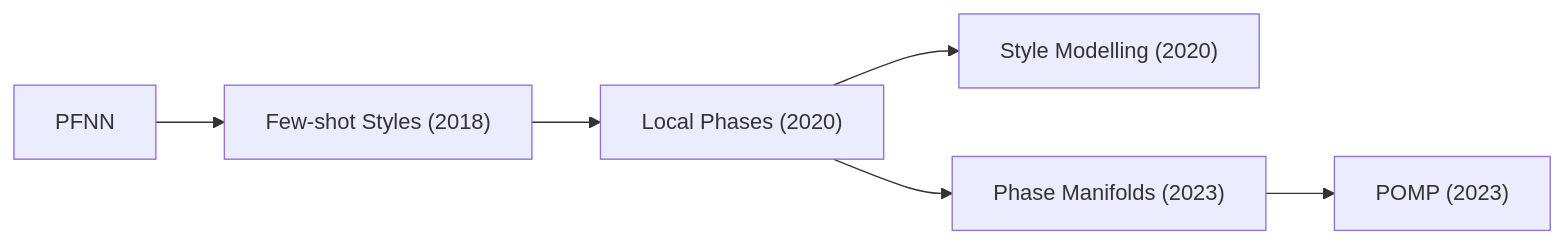
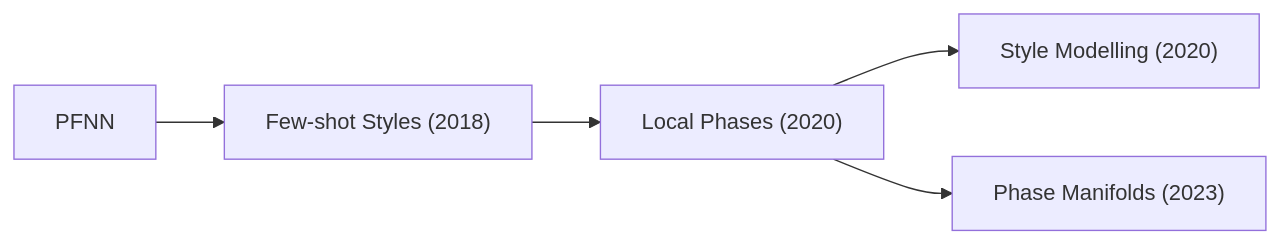
The second of 26 diagrams in src/Locomotion_Survey.md (CaterpillarStudyGroup/GAMES105_mdbook), drawn with Mermaid before and after one commit. The commit also changed other lines of this file, not shown here.

````diff
--- a/src/Locomotion_Survey.md
+++ b/src/Locomotion_Survey.md
@@ -85,8 +91,7 @@
 ```mermaid
 flowchart LR
     PFNN --> FS["Few-shot Styles (2018)"]
     FS --> LP["Local Phases (2020)"]
     LP --> SM["Style Modelling (2020)"]
     LP --> PM["Phase Manifolds (2023)"]
-    PM --> POMP["POMP (2023)"]
 ```
````
